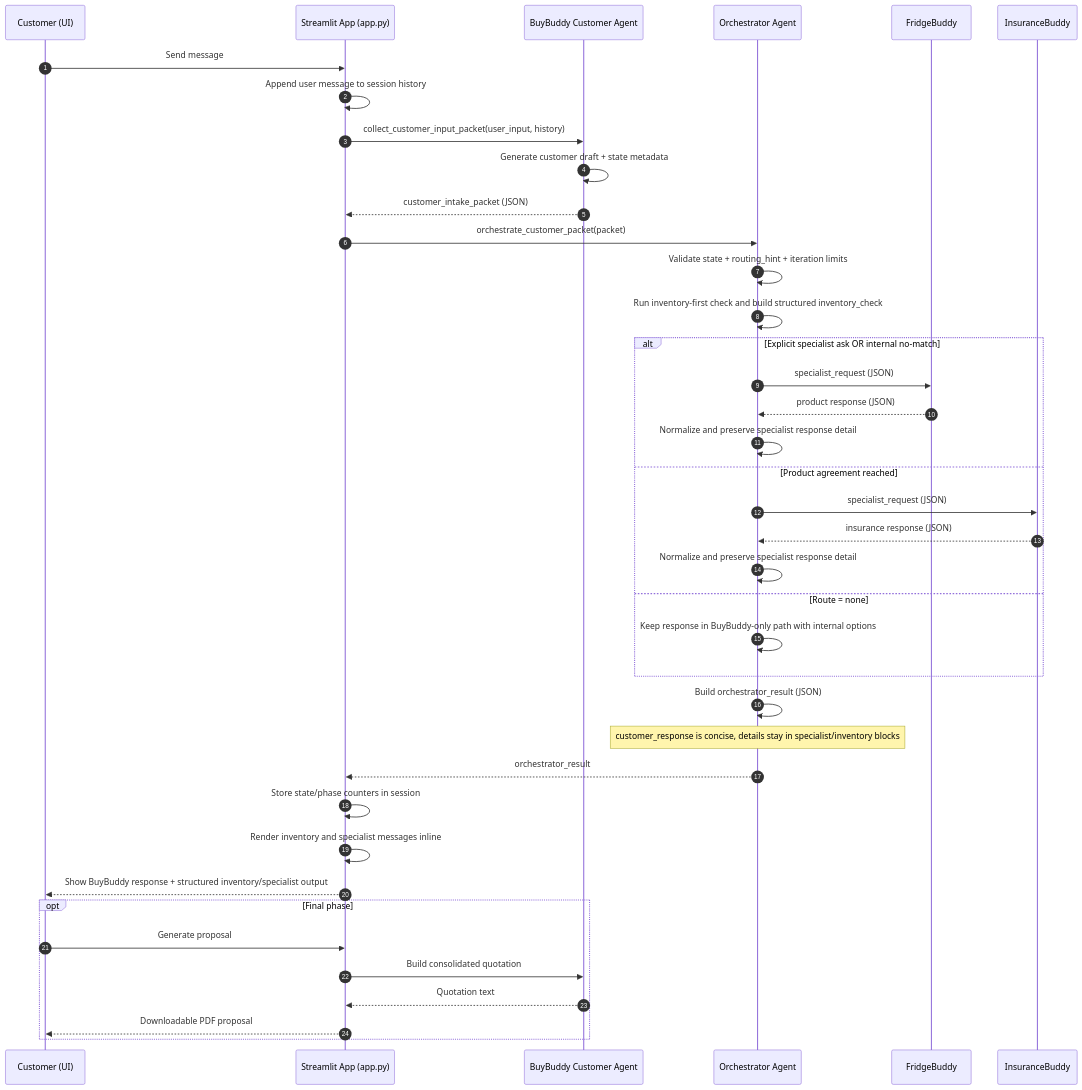
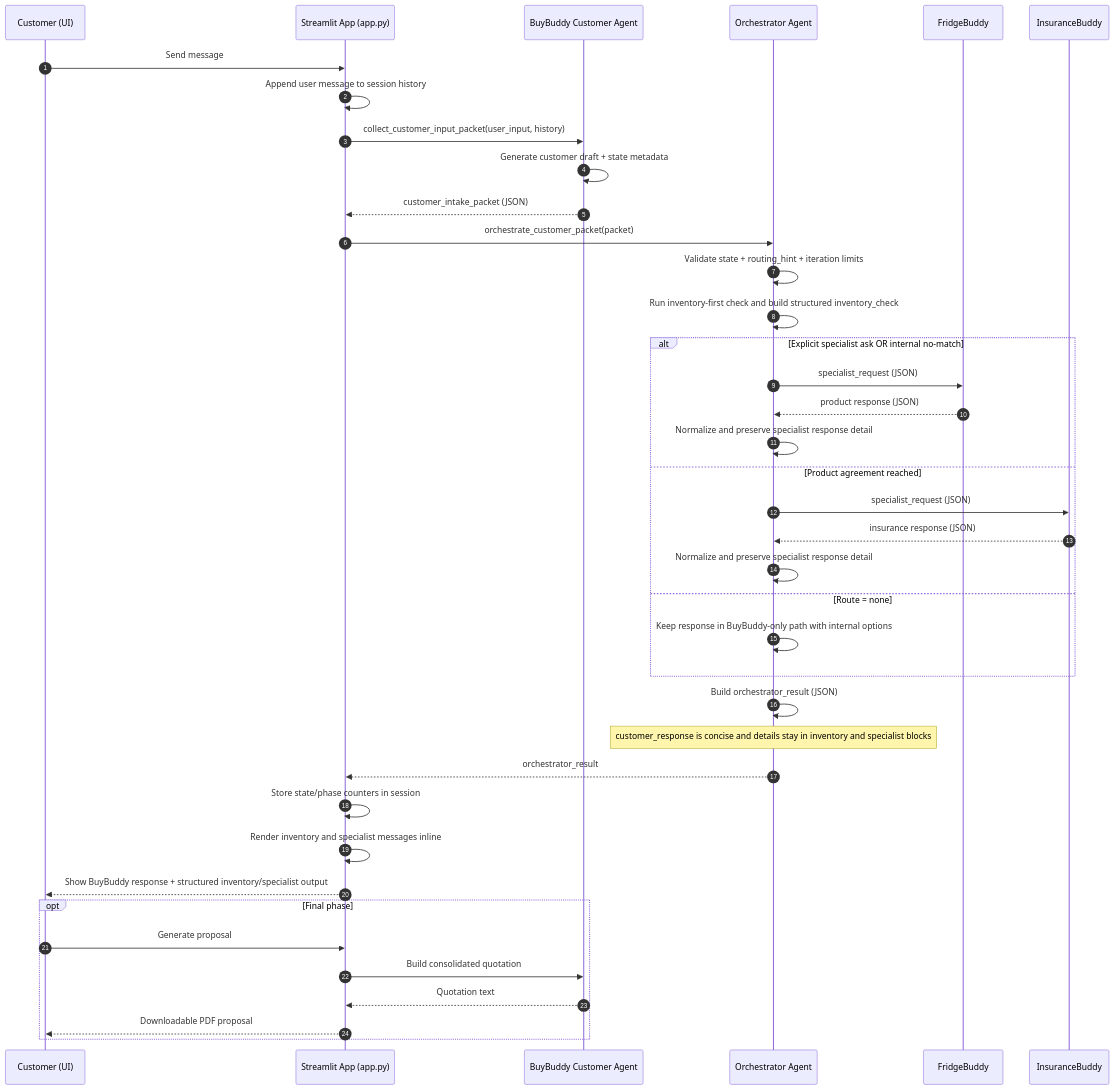
The diagram in artifacts/buybuddy-end-to-end-flow.mmd (an-amateur-person/Agentic-AI-Innovation), drawn with Mermaid before and after one commit. The commit also changed 1 other file, not shown here.

Commit message:
Fix Mermaid rendering in README and flow artifact

```diff
--- a/artifacts/buybuddy-end-to-end-flow.mmd
+++ b/artifacts/buybuddy-end-to-end-flow.mmd
@@ -1,46 +1,46 @@
 sequenceDiagram
     autonumber
     participant U as Customer (UI)
     participant A as Streamlit App (app.py)
     participant B as BuyBuddy Customer Agent
     participant O as Orchestrator Agent
     participant P as FridgeBuddy
     participant I as InsuranceBuddy
 
     U->>A: Send message
     A->>A: Append user message to session history
 
     A->>B: collect_customer_input_packet(user_input, history)
     B->>B: Generate customer draft + state metadata
     B-->>A: customer_intake_packet (JSON)
 
     A->>O: orchestrate_customer_packet(packet)
     O->>O: Validate state + routing_hint + iteration limits
     O->>O: Run inventory-first check and build structured inventory_check
 
     alt Explicit specialist ask OR internal no-match
         O->>P: specialist_request (JSON)
         P-->>O: product response (JSON)
         O->>O: Normalize and preserve specialist response detail
     else Product agreement reached
         O->>I: specialist_request (JSON)
         I-->>O: insurance response (JSON)
         O->>O: Normalize and preserve specialist response detail
     else Route = none
         O->>O: Keep response in BuyBuddy-only path with internal options
     end
 
     O->>O: Build orchestrator_result (JSON)
-    Note over O: customer_response is concise, details stay in specialist/inventory blocks
+    Note over O: customer_response is concise and details stay in inventory and specialist blocks
     O-->>A: orchestrator_result
 
     A->>A: Store state/phase counters in session
     A->>A: Render inventory and specialist messages inline
     A-->>U: Show BuyBuddy response + structured inventory/specialist output
 
     opt Final phase
         U->>A: Generate proposal
         A->>B: Build consolidated quotation
         B-->>A: Quotation text
         A-->>U: Downloadable PDF proposal
     end
```
